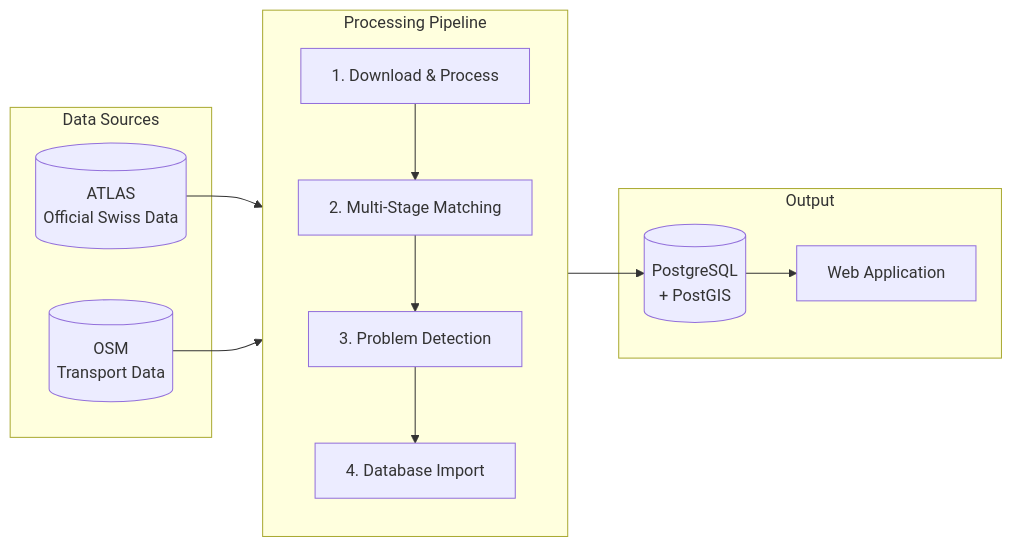
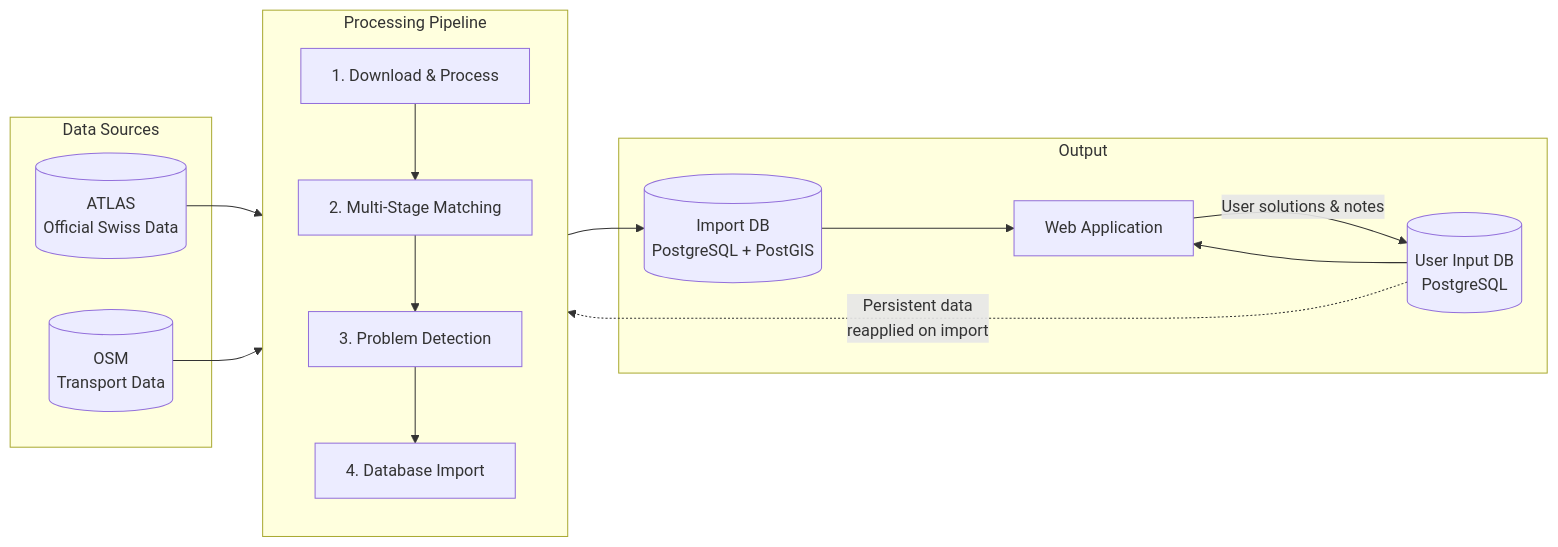
One commit to openTdataCH/stop_sync_osm_atlas changed the diagram in documentation/0. Intro.md. Above: the diagram before and after it, drawn with Mermaid. The commit also changed other lines of this file and 61 other files, not shown here.

````diff
--- a/documentation/0. Intro.md
+++ b/documentation/0. Intro.md
@@ -33,26 +33,30 @@
 ```mermaid
 flowchart LR
     subgraph Sources["Data Sources"]
         A[("ATLAS<br/>Official Swiss Data")]
         O[("OSM<br/>Transport Data")]
     end
-    
+
     subgraph Pipeline["Processing Pipeline"]
         direction TB
         D["1. Download & Process"]
         M["2. Multi-Stage Matching"]
         P["3. Problem Detection"]
         I["4. Database Import"]
         D --> M --> P --> I
     end
-    
+
     subgraph Output["Output"]
-        DB[("PostgreSQL<br/>+ PostGIS")]
+        IDB[("Import DB<br/>PostgreSQL + PostGIS")]
+        UIB[("User Input DB<br/>PostgreSQL")]
         W["Web Application"]
-        DB --> W
+        IDB --> W
+        UIB --> W
     end
-    
+
     A --> D
     O --> D
-    I --> DB
+    I --> IDB
+    W -->|"User solutions &amp; notes"| UIB
+    UIB -.->|"Persistent data<br/>reapplied on import"| M
 ```
````
